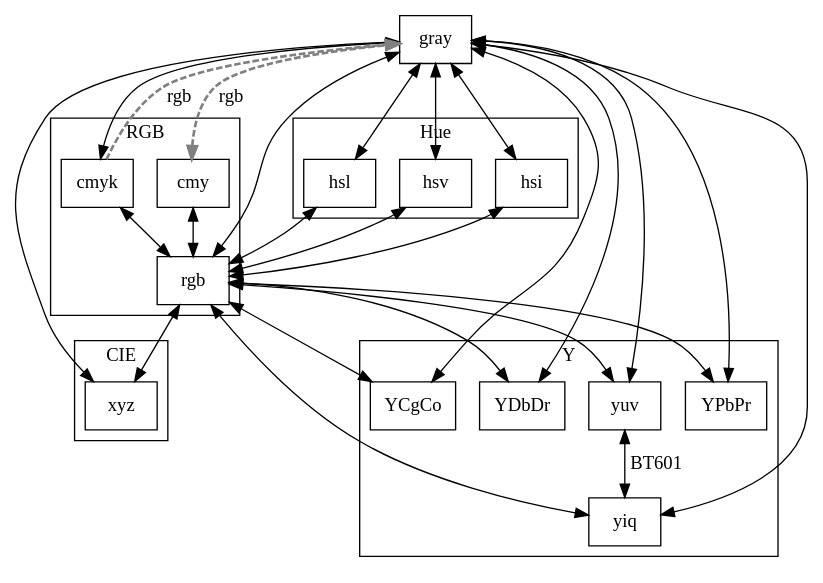
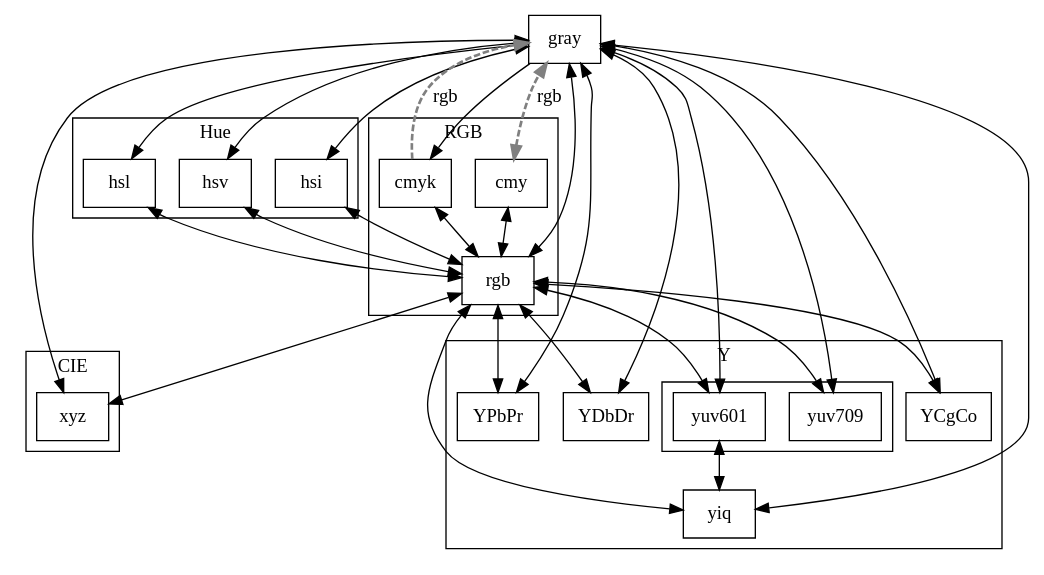
The diagram in doc/gv/conv.gv (dmilos/color), drawn with Graphviz before and after one commit. The commit also changed 6 other files, not shown here.

Commit message:
* enhance:[internal] More efficient conversion yiq <->yuv601 . * enhance:[doc] Conversion graph. Split YUV variants. * update: [internal] color.pp2f.hpp

```diff
--- a/doc/gv/conv.gv
+++ b/doc/gv/conv.gv
@@ -1,92 +1,102 @@
 digraph color_conversion {
 	node [ shape ="box" ];
 	//gray [ color=gray, penwidth = 5 ];
 	//rgb [ style=striped , fillcolor="red:green:blue" ];
 
 	cmy  -> gray [ label = "rgb", style=dashed, color=gray, penwidth = 2, dir=both ];
 	cmy  -> rgb  [ label = "", dir=both  ];
 
 	cmyk -> gray[ label = "rgb", style=dashed, color=gray, penwidth = 2, dir=forward ];
 	cmyk -> rgb [ label = "", dir=both ];
 
 	gray -> cmyk [ label = "", dir=forward  ];
 	//gray -> hbw   [ label = "", dir=both  ];
 	gray -> hsi   [ label = "", dir=both ];
 	gray -> hsl   [ label = "", dir=both ];
 	gray -> hsv   [ label = "", dir=both  ];
 	gray -> rgb   [ label = "", dir=both ];
 	gray -> xyz   [ label = "", dir=both ];
 	gray -> YCgCo [ label = "", dir=both ];
 	gray -> YDbDr [ label = "", dir=both ];
 	gray -> yiq   [ label = "", dir=both ];
 	gray -> YPbPr [ label = "", dir=both ];
-	gray -> yuv   [ label = "", dir=both ];
+	gray -> yuv601   [ label = "", dir=both ];
+	gray -> yuv709   [ label = "", dir=both ];
 
 	//hbw  -> hsv[ label = "", dir=both ];
 
 	hsi  -> rgb [ label = "", dir=both ];
 
 	hsl  -> rgb [ label = "", dir=both ];
 
 	hsv  -> rgb [ label = "", dir=both ];
 
 	rgb -> xyz   [ label = "", dir=both ];
 	rgb -> YCgCo [ label = "", dir=both ];
 	rgb -> YDbDr [ label = "", dir=both ];
 	rgb -> yiq   [ label = "", dir=both ];
 	rgb -> YPbPr [ label = "", dir=both ];
-	rgb -> yuv   [ label = "", dir=both ];
+	rgb -> yuv601[ label = "", dir=both ];
+	rgb -> yuv709[ label = "", dir=both ];
 
 	//xyz -> Hunter  [ label = "", dir=both ];
 	//xyz -> xyY     [ label = "", dir=both ];
 	//xyz -> Lab     [ label = "", dir=both ];
 	//xyz -> Luv     [ label = "", dir=both ];
 	//xyz -> LMS     [ label = "", dir=both ];
 	//Lab -> LCHab   [ label = "", dir=both ];
 	//Luv -> LCHub   [ label = "", dir=both ];
 
 	//yuv -> yuv   [ label = "", dir=both ];
-	yuv -> yiq   [ label = "BT601", dir=both ];
+
+	yuv601 -> yiq   [ label = "", dir=both ];
 
 	subgraph cluster_hue
 	{
 		label = "Hue";
 		//node [ ] hbw;
 		node [ ] hsi;
 		node [ ] hsl;
 		node [ ] hsv;
 	}
 
 	subgraph cluster_Y
 	{
 		label = "Y";
 		node [ ] YCgCo;
 		node [ ] YDbDr;
 		node [ ] yiq  ;
 		node [ ] YPbPr;
-		node [ ] yuv  ;
+		node [ ] yuv601;
+		node [ ] yuv709;
+		subgraph cluster_yuv
+		{
+			label = "";
+			node [ ] yuv601;
+			node [ ] yuv709;
+		}
 	}
 
 	subgraph cluster_CIE
 	{
 		label = "CIE";
 		node [ ] xyz;
 		//node [ ] Hunter;
 		//node [ ] xyY;
 		//node [ ] Lab;
 		//node [ ] Luv;
 		//node [ ] LMS;
 		//node [ ] LCHab;
 		//node [ ] LCHub;
 	}
 
 	subgraph cluster_RGB
 	{
 		label = "RGB";
 		node [ ] cmy;
 		node [ ] rgb;
 		node [ ] cmyk;
 	}
 
 
 }
```
